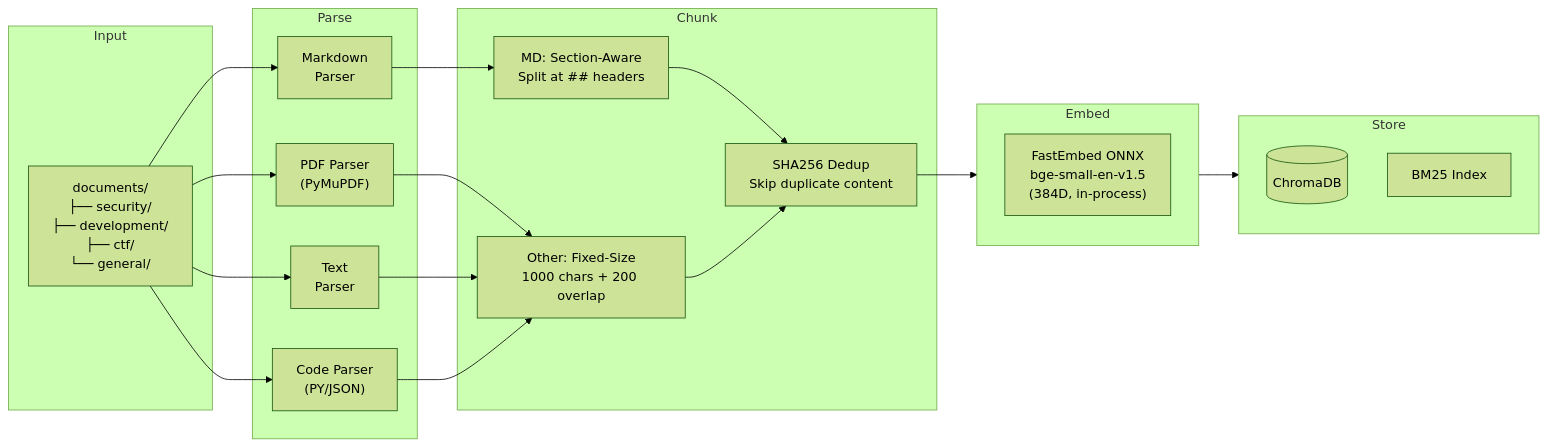
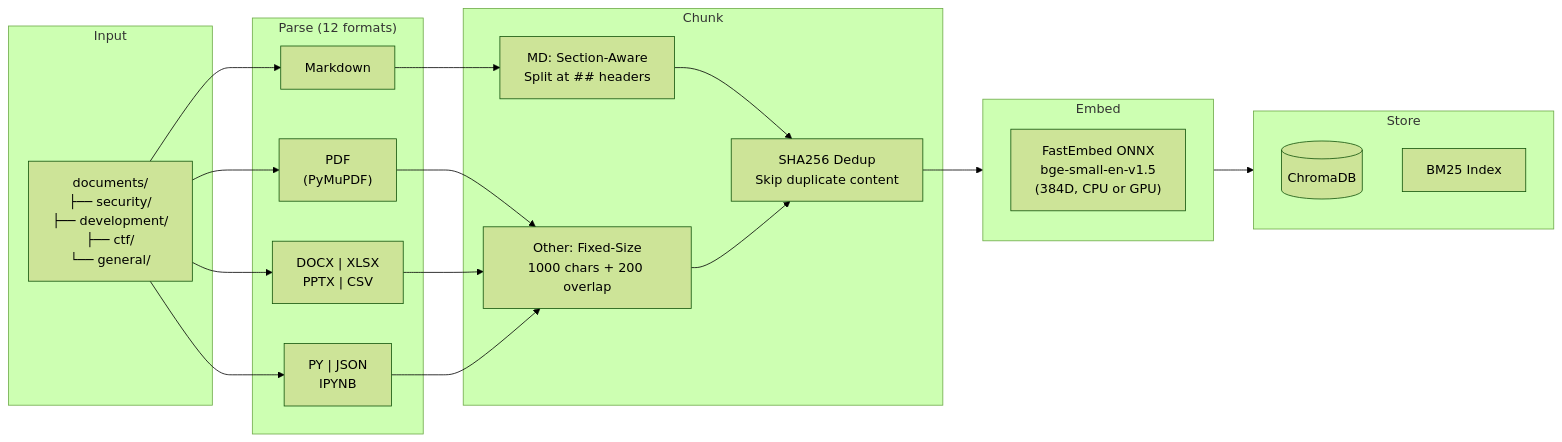
Before and after one commit to imakealol/knowledge-rag: the third of 4 diagrams in README.md, drawn with Mermaid (forest theme). The commit also changed other lines of this file, not shown here.

````diff
--- a/README.md
+++ b/README.md
@@ -380,36 +214,36 @@
 ```mermaid
 flowchart LR
     subgraph INPUT["Input"]
         FILES["documents/<br/>├── security/<br/>├── development/<br/>├── ctf/<br/>└── general/"]
     end
 
-    subgraph PARSE["Parse"]
-        MD["Markdown<br/>Parser"]
-        PDF["PDF Parser<br/>(PyMuPDF)"]
-        TXT["Text<br/>Parser"]
-        CODE["Code Parser<br/>(PY/JSON)"]
+    subgraph PARSE["Parse (12 formats)"]
+        MD["Markdown"]
+        PDF["PDF<br/>(PyMuPDF)"]
+        OFFICE["DOCX | XLSX<br/>PPTX | CSV"]
+        CODE["PY | JSON<br/>IPYNB"]
     end
 
     subgraph CHUNK["Chunk"]
         MDSPLIT["MD: Section-Aware<br/>Split at ## headers"]
         TXTSPLIT["Other: Fixed-Size<br/>1000 chars + 200 overlap"]
         DEDUP["SHA256 Dedup<br/>Skip duplicate content"]
     end
 
     subgraph EMBED["Embed"]
-        FASTEMBED["FastEmbed ONNX<br/>bge-small-en-v1.5<br/>(384D, in-process)"]
+        FASTEMBED["FastEmbed ONNX<br/>bge-small-en-v1.5<br/>(384D, CPU or GPU)"]
     end
 
     subgraph STORE["Store"]
         CHROMADB[("ChromaDB")]
         BM25IDX["BM25 Index"]
     end
 
-    FILES --> MD & PDF & TXT & CODE
+    FILES --> MD & PDF & OFFICE & CODE
     MD --> MDSPLIT
-    PDF & TXT & CODE --> TXTSPLIT
+    PDF & OFFICE & CODE --> TXTSPLIT
     MDSPLIT --> DEDUP
     TXTSPLIT --> DEDUP
     DEDUP --> EMBED
     EMBED --> STORE
 ```
````
